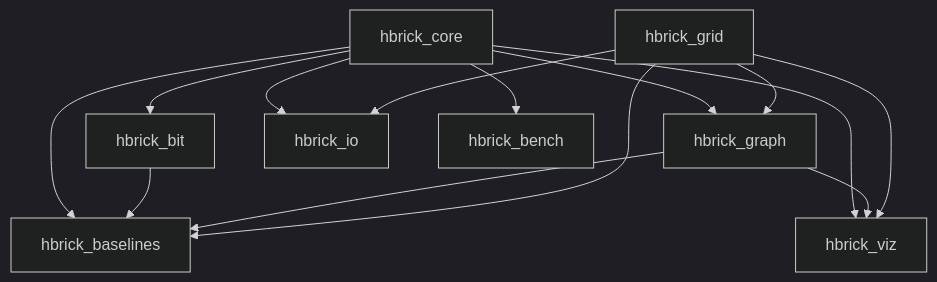
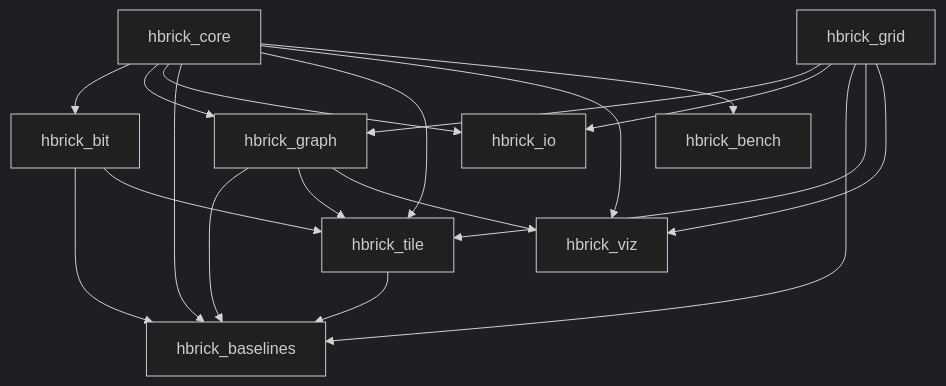
Before and after one commit to ozaslan/hbrick: the first of 2 diagrams in docs/atlas.md, drawn with Mermaid (dark theme). The commit also changed other lines of this file and 11 other files, not shown here.

````diff
--- a/docs/atlas.md
+++ b/docs/atlas.md
@@ -11,25 +11,31 @@
 ```mermaid
 flowchart TB
     core[hbrick_core]
     bit[hbrick_bit]
     graphMod[hbrick_graph]
     baselines[hbrick_baselines]
+    tile[hbrick_tile]
     grid[hbrick_grid]
     io[hbrick_io]
     bench[hbrick_bench]
     viz[hbrick_viz]
 
     core --> bit
     core --> graphMod
     grid --> graphMod
     core --> io
     grid --> io
     core --> baselines
     bit --> baselines
     graphMod --> baselines
     grid --> baselines
+    tile --> baselines
+    bit --> tile
+    graphMod --> tile
+    grid --> tile
+    core --> tile
     core --> viz
     graphMod --> viz
     grid --> viz
     core --> bench
 ```
````
